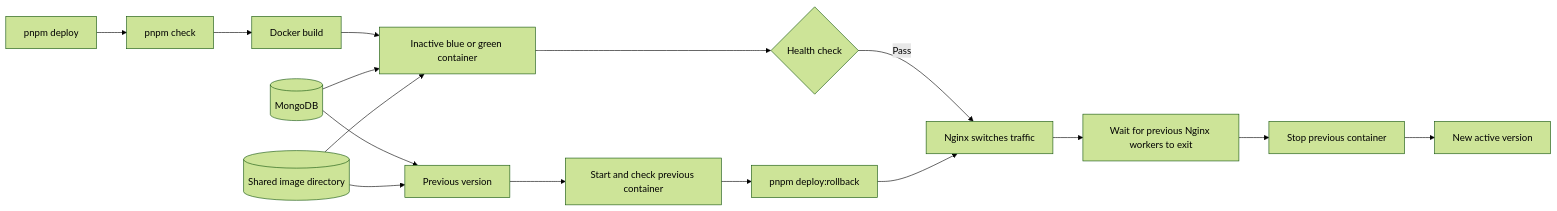
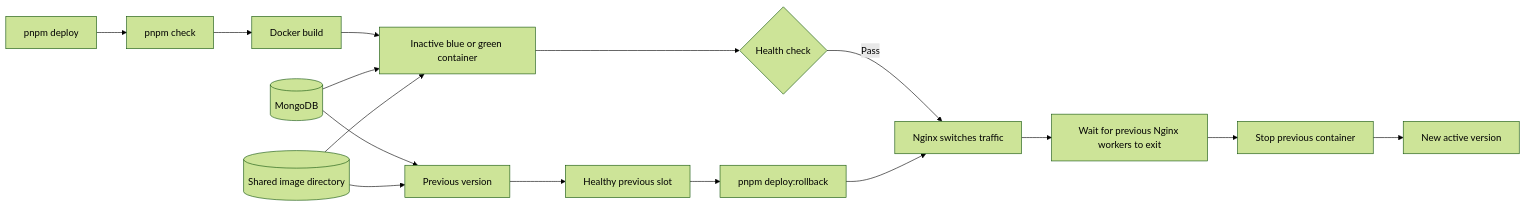
The second of 2 diagrams in docs/DEVELOPMENT-AND-DEPLOYMENT.md (danikas2k2/rusys), drawn with Mermaid (forest theme) before and after one commit. The commit also changed other lines of this file and 9 other files, not shown here.

````diff
--- a/docs/DEVELOPMENT-AND-DEPLOYMENT.md
+++ b/docs/DEVELOPMENT-AND-DEPLOYMENT.md
@@ -124,18 +140,18 @@
 ```mermaid
 flowchart LR
     Deploy[pnpm deploy] --> Checks[pnpm check]
     Checks --> Build[Docker build]
     Build --> Idle[Inactive blue or green container]
     Idle --> Health{Health check}
     Health -->|Pass| Gateway[Nginx switches traffic]
     Gateway --> Drain[Wait for previous Nginx workers to exit]
     Drain --> Stop[Stop previous container]
     Stop --> Active[New active version]
-    Old[Previous version] --> Restart[Start and check previous container]
-    Restart --> Rollback[pnpm deploy:rollback]
+    Old[Previous version] --> Ready[Healthy previous slot]
+    Ready --> Rollback[pnpm deploy:rollback]
     Rollback --> Gateway
     Mongo[(MongoDB)] --> Idle
     Mongo --> Old
     Images[(Shared image directory)] --> Idle
     Images --> Old
 ```
````
